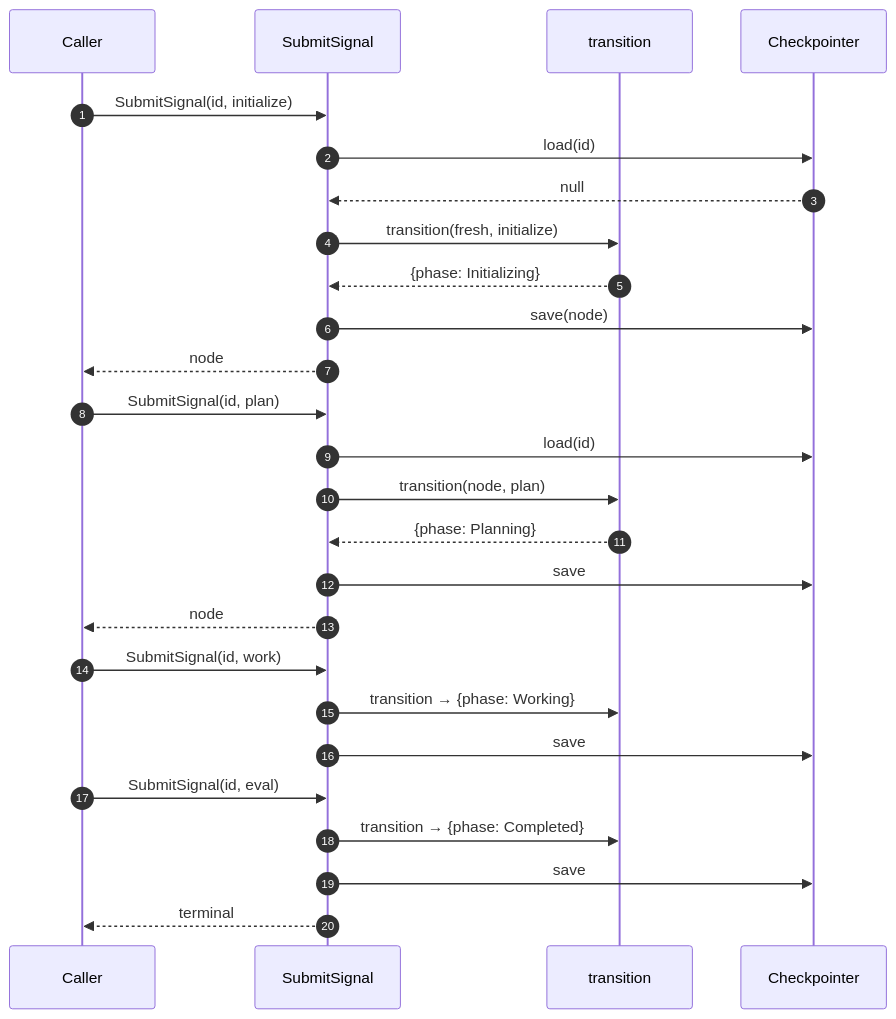
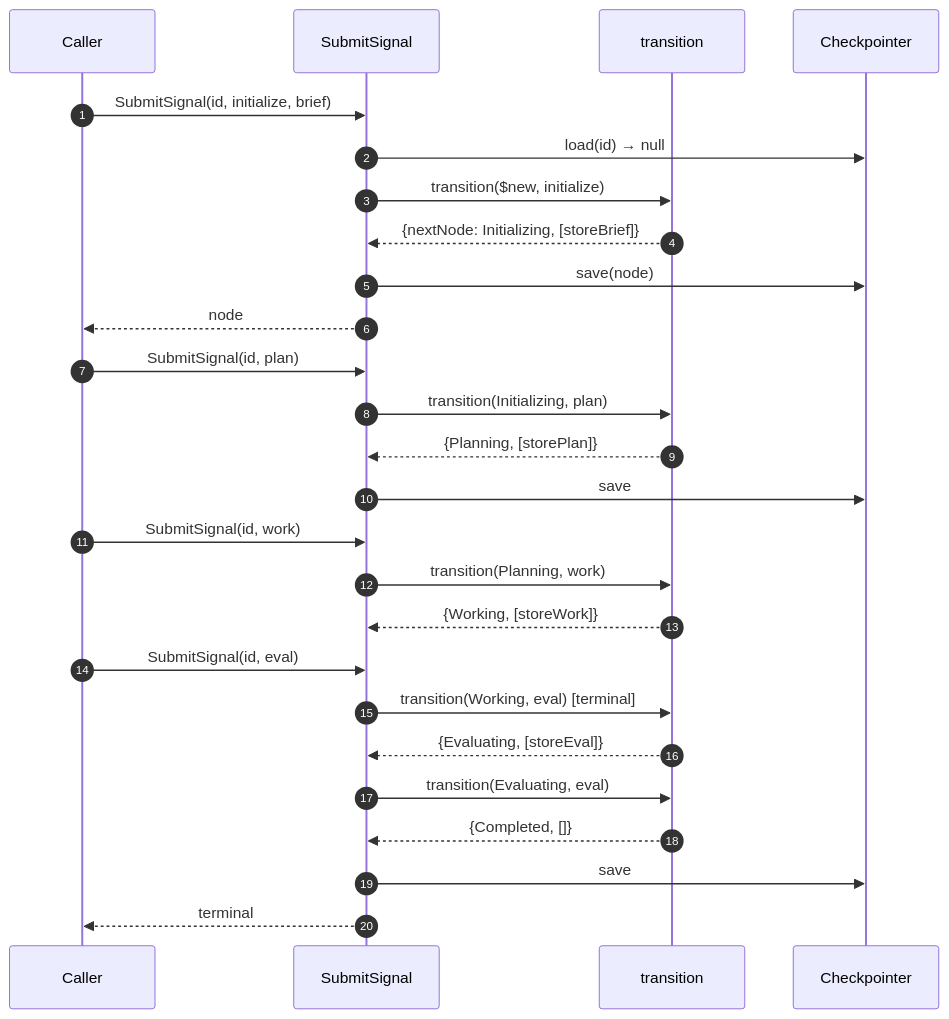
Before and after one commit to foreman-lab/handbook: the first of 2 diagrams in architecture.md, drawn with Mermaid. The commit also changed other lines of this file, not shown here.

````diff
--- a/architecture.md
+++ b/architecture.md
@@ -196,32 +301,32 @@
 ```mermaid
 sequenceDiagram
     autonumber
     participant C as Caller
     participant UC as SubmitSignal
     participant Dom as transition
     participant CP as Checkpointer
 
-    C->>UC: SubmitSignal(id, initialize)
-    UC->>CP: load(id)
-    CP-->>UC: null
-    UC->>Dom: transition(fresh, initialize)
-    Dom-->>UC: {phase: Initializing}
+    C->>UC: SubmitSignal(id, initialize, brief)
+    UC->>CP: load(id) → null
+    UC->>Dom: transition($new, initialize)
+    Dom-->>UC: {nextNode: Initializing, [storeBrief]}
     UC->>CP: save(node)
     UC-->>C: node
 
     C->>UC: SubmitSignal(id, plan)
-    UC->>CP: load(id)
-    UC->>Dom: transition(node, plan)
-    Dom-->>UC: {phase: Planning}
+    UC->>Dom: transition(Initializing, plan)
+    Dom-->>UC: {Planning, [storePlan]}
     UC->>CP: save
-    UC-->>C: node
 
     C->>UC: SubmitSignal(id, work)
-    UC->>Dom: transition → {phase: Working}
-    UC->>CP: save
+    UC->>Dom: transition(Planning, work)
+    Dom-->>UC: {Working, [storeWork]}
 
     C->>UC: SubmitSignal(id, eval)
-    UC->>Dom: transition → {phase: Completed}
+    UC->>Dom: transition(Working, eval) [terminal]
+    Dom-->>UC: {Evaluating, [storeEval]}
+    UC->>Dom: transition(Evaluating, eval)
+    Dom-->>UC: {Completed, []}
     UC->>CP: save
     UC-->>C: terminal
 ```
````
